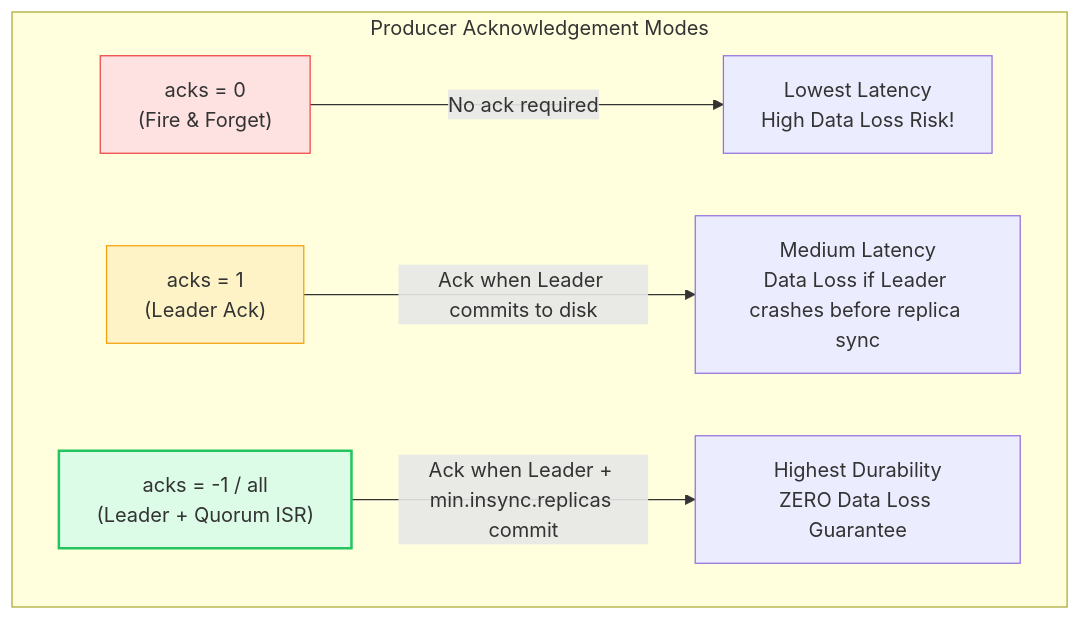
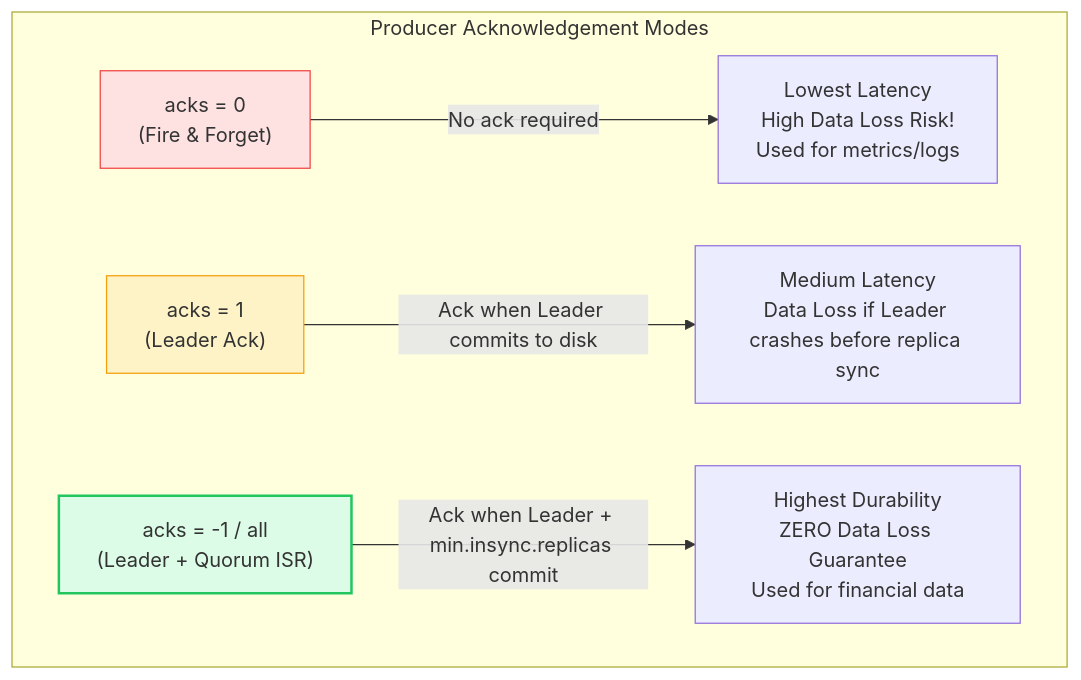
The second of 3 diagrams in 03-Apache-Kafka/02-Producer-Internals-and-Delivery-Semantics.md (PandeyKishan/Study-Notes), drawn with Mermaid before and after one commit. The commit also changed other lines of this file and 38 other files, not shown here.

````diff
--- a/03-Apache-Kafka/02-Producer-Internals-and-Delivery-Semantics.md
+++ b/03-Apache-Kafka/02-Producer-Internals-and-Delivery-Semantics.md
@@ -68,12 +80,12 @@
 ```mermaid
 flowchart TD
     subgraph Acks_Comparison["Producer Acknowledgement Modes"]
-        A0["acks = 0\n(Fire & Forget)"] -->|No ack required| Res0["Lowest Latency\nHigh Data Loss Risk!"]
+        A0["acks = 0\n(Fire & Forget)"] -->|No ack required| Res0["Lowest Latency\nHigh Data Loss Risk!\nUsed for metrics/logs"]
         A1["acks = 1\n(Leader Ack)"] -->|Ack when Leader commits to disk| Res1["Medium Latency\nData Loss if Leader crashes before replica sync"]
-        All["acks = -1 / all\n(Leader + Quorum ISR)"] -->|Ack when Leader + min.insync.replicas commit| ResAll["Highest Durability\nZERO Data Loss Guarantee"]
+        All["acks = -1 / all\n(Leader + Quorum ISR)"] -->|Ack when Leader + min.insync.replicas commit| ResAll["Highest Durability\nZERO Data Loss Guarantee\nUsed for financial data"]
     end
 
     style A0 fill:#fee2e2,stroke:#ef4444,stroke-width:1px
     style A1 fill:#fef3c7,stroke:#f59e0b,stroke-width:1px
     style All fill:#dcfce7,stroke:#22c55e,stroke-width:2px
 ```
````
